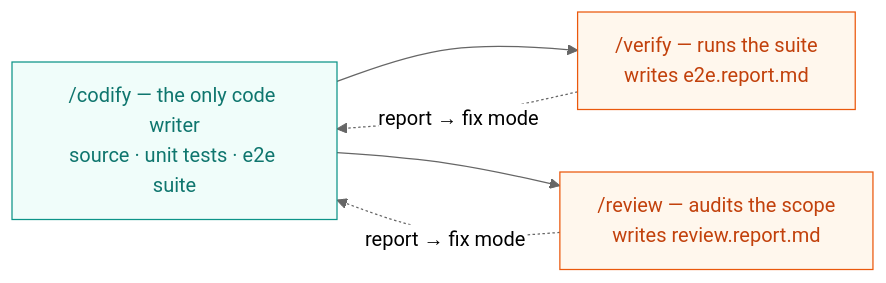
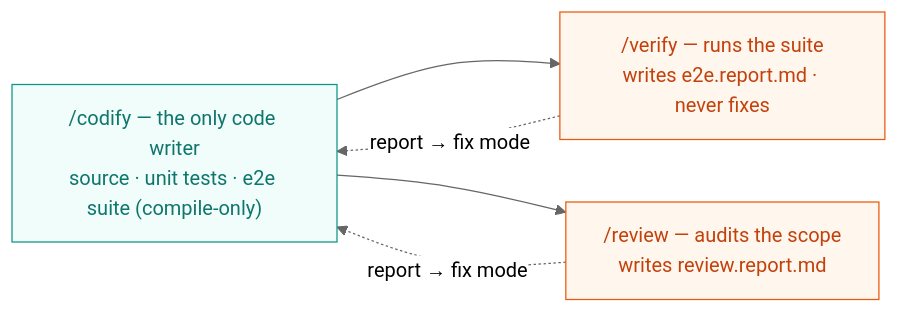
The second of 9 diagrams in docs/AIDD.workflow.md (AIDDbot/AIDDbot), drawn with Mermaid (neutral theme) before and after one commit. The commit also changed other lines of this file and 15 other files, not shown here.

````diff
--- a/docs/AIDD.workflow.md
+++ b/docs/AIDD.workflow.md
@@ -35,14 +36,14 @@
 ```mermaid
 flowchart LR
   classDef wr fill:#f0fdfa,stroke:#0d9488,color:#0f766e
   classDef ev fill:#fff7ed,stroke:#ea580c,color:#c2410c
 
-  COD["/codify — the only code writer<br/>source · unit tests · e2e suite"]:::wr
-  VER["/verify — runs the suite<br/>writes e2e.report.md"]:::ev
+  COD["/codify — the only code writer<br/>source · unit tests · e2e suite (compile-only)"]:::wr
+  VER["/verify — runs the suite<br/>writes e2e.report.md · never fixes"]:::ev
   REV["/review — audits the scope<br/>writes review.report.md"]:::ev
 
   COD --> VER
   COD --> REV
   VER -.report → fix mode.-> COD
   REV -.report → fix mode.-> COD
 ```
````
